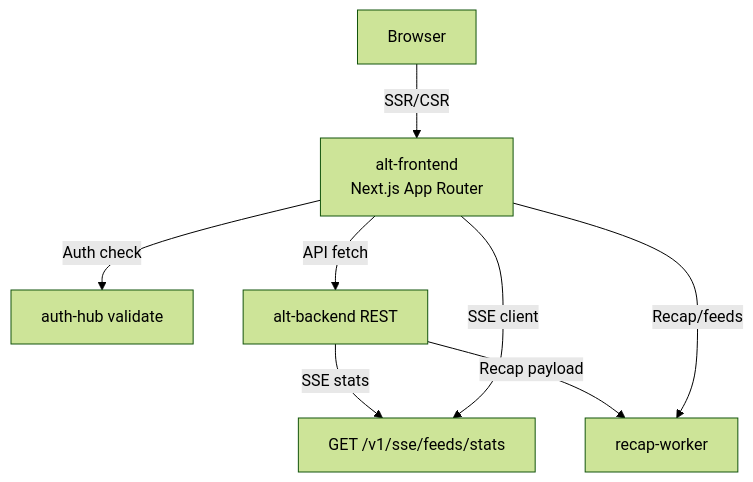
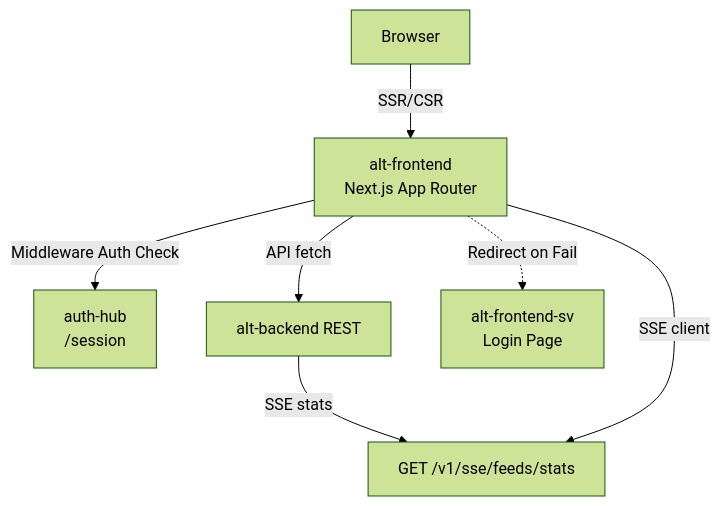
The diagram in docs/alt-frontend.md (Kaikei-e/Alt), drawn with Mermaid (forest theme) before and after one commit. The commit also changed other lines of this file, not shown here.

First line of the commit message:
docs: Revise alt-frontend documentation for clarity and detail

````diff
--- a/docs/alt-frontend.md
+++ b/docs/alt-frontend.md
@@ -20,10 +23,9 @@
 ```mermaid
 flowchart TD
     Browser -->|SSR/CSR| Frontend[alt-frontend<br/>Next.js App Router]
-    Frontend -->|Auth check| AuthHub[auth-hub validate]
+    Frontend -->|Middleware Auth Check| AuthHub[auth-hub<br/>/session]
     Frontend -->|API fetch| Backend[alt-backend REST]
     Backend -->|SSE stats| SSE[GET /v1/sse/feeds/stats]
     Frontend -->|SSE client| SSE
-    Backend -->|Recap payload| RecapWorker[recap-worker]
-    Frontend -->|Recap/feeds| RecapWorker
+    Frontend -.->|Redirect on Fail| SV[alt-frontend-sv<br/>Login Page]
 ```
````
